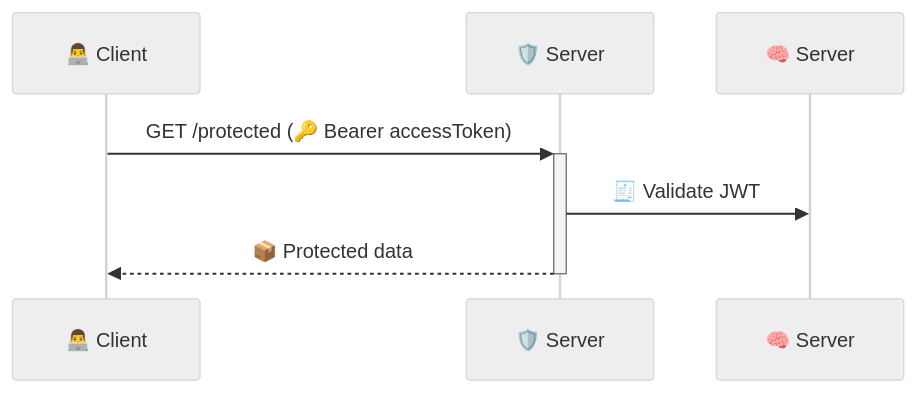
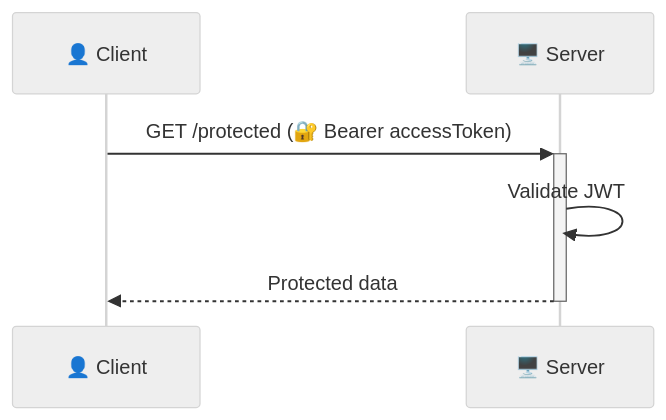
One commit to subburathinam-M/JWT-Token changed the third of 3 diagrams in README.md. Above: the diagram before and after it, drawn with Mermaid (neutral theme).

````diff
--- a/README.md
+++ b/README.md
@@ -231,6 +231,6 @@
 ```mermaid
 sequenceDiagram
-    👨‍💻 Client->>+🛡️ Server: GET /protected (🔑 Bearer accessToken)
-    🛡️ Server->>🧠 Server: 🧾 Validate JWT
-    🛡️ Server-->>-👨‍💻 Client: 📦 Protected data
+    👤 Client->>+🖥️ Server: GET /protected (🔐 Bearer accessToken)
+    🖥️ Server->>🖥️ Server: Validate JWT
+    🖥️ Server-->>-👤 Client: Protected data
 ```
````
